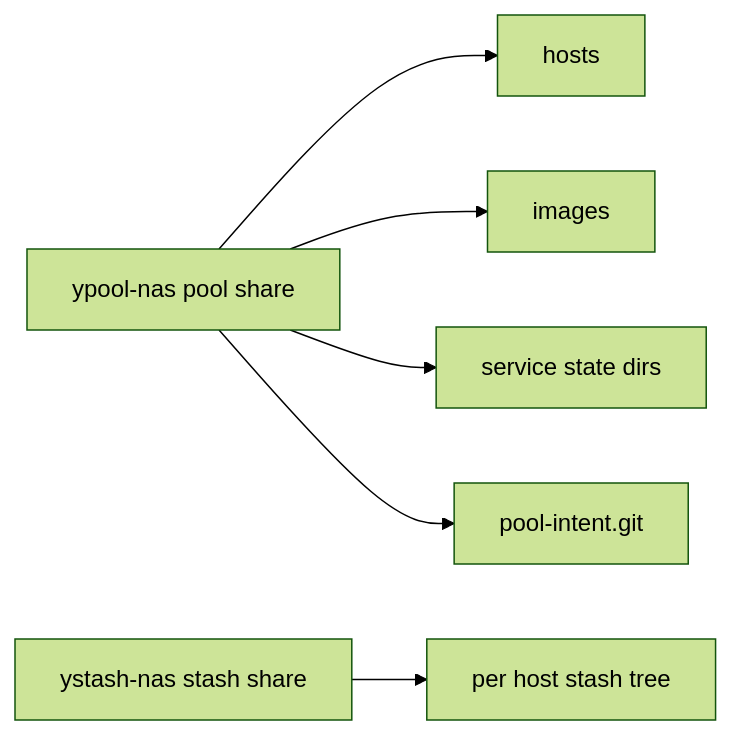
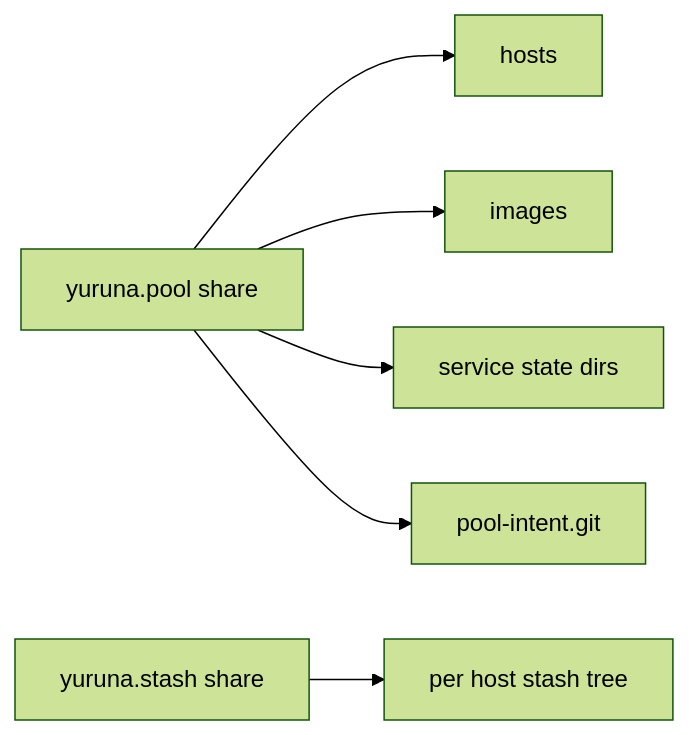
Before and after one commit to alissonsol/yuruna: the sixth of 7 diagrams in docs/design/03-data-flows.md, drawn with Mermaid (forest theme). The commit also changed other lines of this file and 752 other files, not shown here.

````diff
--- a/docs/design/03-data-flows.md
+++ b/docs/design/03-data-flows.md
@@ -530,15 +611,15 @@
 ```mermaid
 flowchart LR
-    pool-nas["ypool-nas pool share"]
+    pool-share["yuruna.pool share"]
     hosts["hosts"]
     images["images"]
     service-state["service state dirs"]
-    intent-git["pool-intent.git"]
-    stash-nas["ystash-nas stash share"]
-    stash-tree["per host stash tree"]
-    pool-nas --> hosts
-    pool-nas --> images
-    pool-nas --> service-state
-    pool-nas --> intent-git
-    stash-nas --> stash-tree
+    pool-intent-git["pool-intent.git"]
+    stash-share["yuruna.stash share"]
+    stash-host-tree["per host stash tree"]
+    pool-share --> hosts
+    pool-share --> images
+    pool-share --> service-state
+    pool-share --> pool-intent-git
+    stash-share --> stash-host-tree
 ```
````
